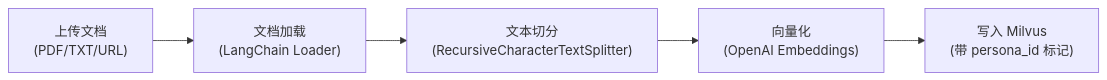
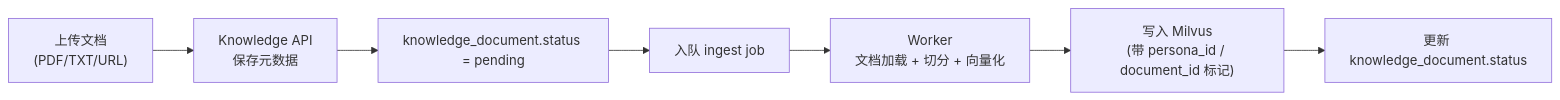
Before and after one commit to iceberg211/ai-agent-course-code: the fourth of 5 diagrams in docs/数字人-Agent-技术方案.md, drawn with Mermaid. The commit also changed other lines of this file, not shown here.

````diff
--- a/docs/数字人-Agent-技术方案.md
+++ b/docs/数字人-Agent-技术方案.md
@@ -345,7 +409,9 @@
 ```mermaid
 flowchart LR
-    A["上传文档\n(PDF/TXT/URL)"] --> B["文档加载\n(LangChain Loader)"]
-    B --> C["文本切分\n(RecursiveCharacterTextSplitter)"]
-    C --> D["向量化\n(OpenAI Embeddings)"]
-    D --> E["写入 Milvus\n(带 persona_id 标记)"]
+    A["上传文档\n(PDF/TXT/URL)"] --> B["Knowledge API\n保存元数据"]
+    B --> C["knowledge_document.status = pending"]
+    C --> D["入队 ingest job"]
+    D --> E["Worker\n文档加载 + 切分 + 向量化"]
+    E --> F["写入 Milvus\n(带 persona_id / document_id 标记)"]
+    F --> G["更新 knowledge_document.status"]
 ```
````
